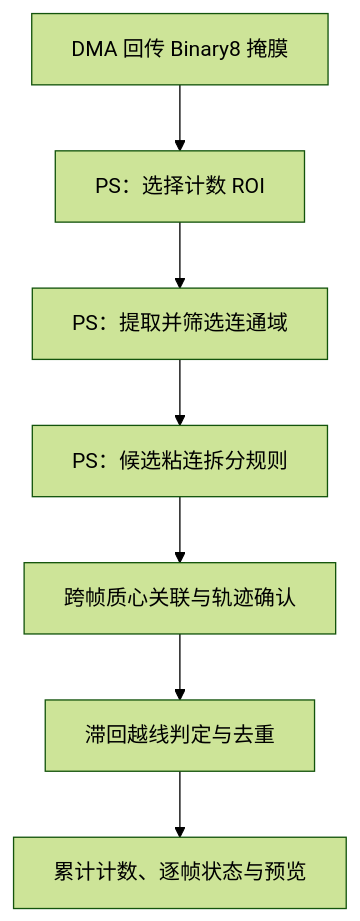
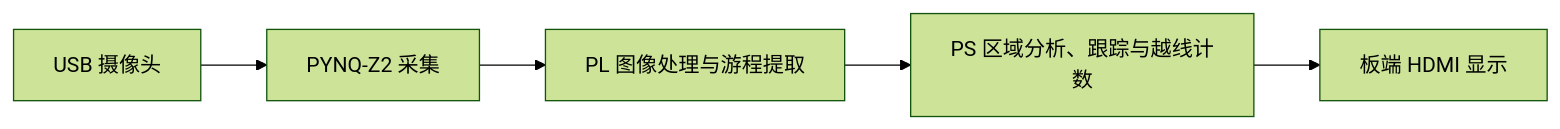
Before and after one commit to POPO-so/material-counter: the diagram in README.md, drawn with Mermaid (forest theme). The commit also changed other lines of this file, not shown here.

````diff
--- a/README.md
+++ b/README.md
@@ -63,12 +9,7 @@
 ```mermaid
-flowchart TD
-    MASK["DMA 回传 Binary8 掩膜"]
-    ROI["PS：选择计数 ROI"]
-    CCL["PS：提取并筛选连通域"]
-    SPLIT["PS：候选粘连拆分规则"]
-    TRACK["跨帧质心关联与轨迹确认"]
-    LINE["滞回越线判定与去重"]
-    RESULT["累计计数、逐帧状态与预览"]
-
-    MASK --> ROI --> CCL --> SPLIT --> TRACK --> LINE --> RESULT
+flowchart LR
+    A["USB 摄像头"] --> B["PYNQ-Z2 采集"]
+    B --> C["PL 图像处理与游程提取"]
+    C --> D["PS 区域分析、跟踪与越线计数"]
+    D --> E["板端 HDMI 显示"]
 ```
````
